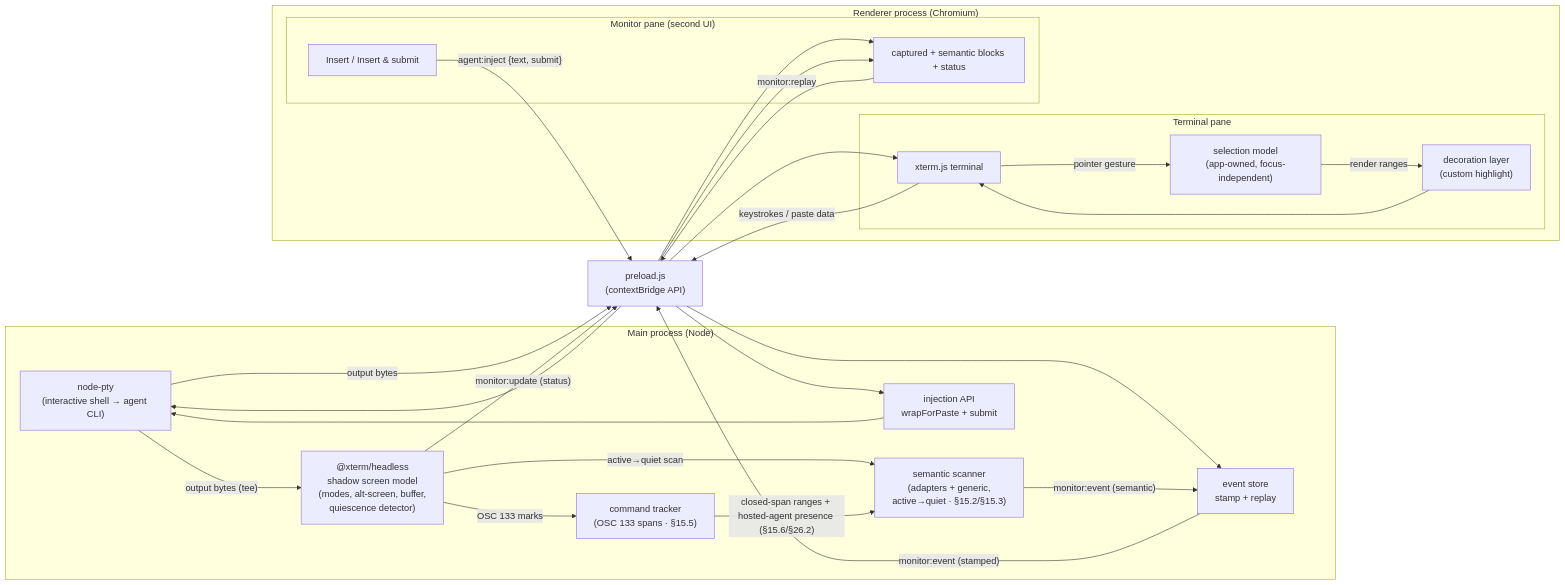
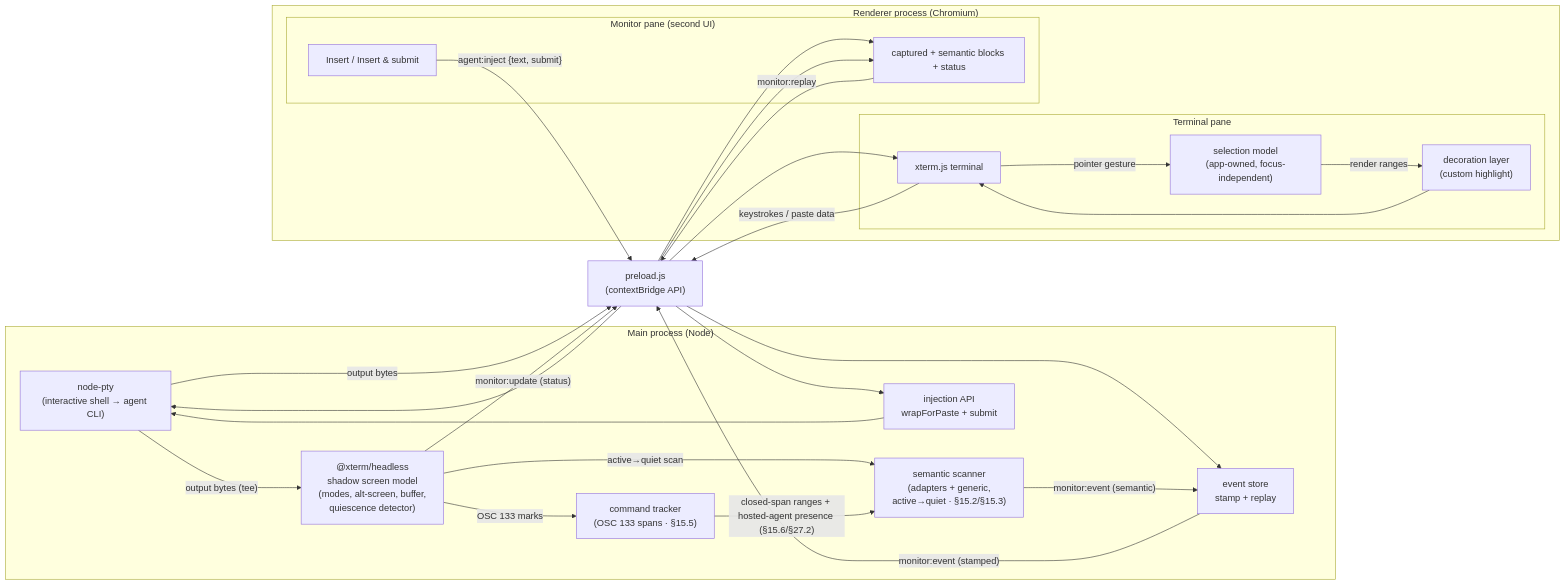
Before and after one commit to dylanb/agent-terminal: the diagram in docs/spec/04-architecture.md, drawn with Mermaid. The commit also changed other lines of this file and 13 other files, not shown here.

````diff
--- a/docs/spec/04-architecture.md
+++ b/docs/spec/04-architecture.md
@@ -5,37 +5,37 @@
 ```mermaid
 flowchart LR
     subgraph Main["Main process (Node)"]
         PTY["node-pty<br/>(interactive shell → agent CLI)"]
         SHADOW["@xterm/headless<br/>shadow screen model<br/>(modes, alt-screen, buffer,<br/>quiescence detector)"]
         SCAN["semantic scanner<br/>(adapters + generic,<br/>active→quiet · §15.2/§15.3)"]
         CMD["command tracker<br/>(OSC 133 spans · §15.5)"]
         STORE["event store<br/>stamp + replay"]
         INJ["injection API<br/>wrapForPaste + submit"]
     end
     subgraph Renderer["Renderer process (Chromium)"]
         subgraph TermPane["Terminal pane"]
             XT["xterm.js terminal"]
             SELMODEL["selection model<br/>(app-owned, focus-independent)"]
             DECO["decoration layer<br/>(custom highlight)"]
         end
         subgraph MonPane["Monitor pane (second UI)"]
             LIST["captured + semantic blocks + status"]
             ACT["Insert / Insert & submit"]
         end
     end
     Preload["preload.js<br/>(contextBridge API)"]
 
     PTY -- "output bytes (tee)" --> SHADOW
     PTY -- "output bytes" --> Preload --> XT
     XT -- "keystrokes / paste data" --> Preload --> PTY
     XT -- "pointer gesture" --> SELMODEL
     SELMODEL -- "render ranges" --> DECO --> XT
     STORE -- "monitor:event (stamped)" --> Preload --> LIST
     LIST -- "monitor:replay" --> Preload --> STORE
     SHADOW -- "monitor:update (status)" --> Preload --> LIST
     SHADOW -- "active→quiet scan" --> SCAN
     SCAN -- "monitor:event (semantic)" --> STORE
     SHADOW -- "OSC 133 marks" --> CMD
-    CMD -- "closed-span ranges + hosted-agent presence (§15.6/§26.2)" --> SCAN
+    CMD -- "closed-span ranges + hosted-agent presence (§15.6/§27.2)" --> SCAN
     ACT -- "agent:inject {text, submit}" --> Preload --> INJ --> PTY
 ```
````
